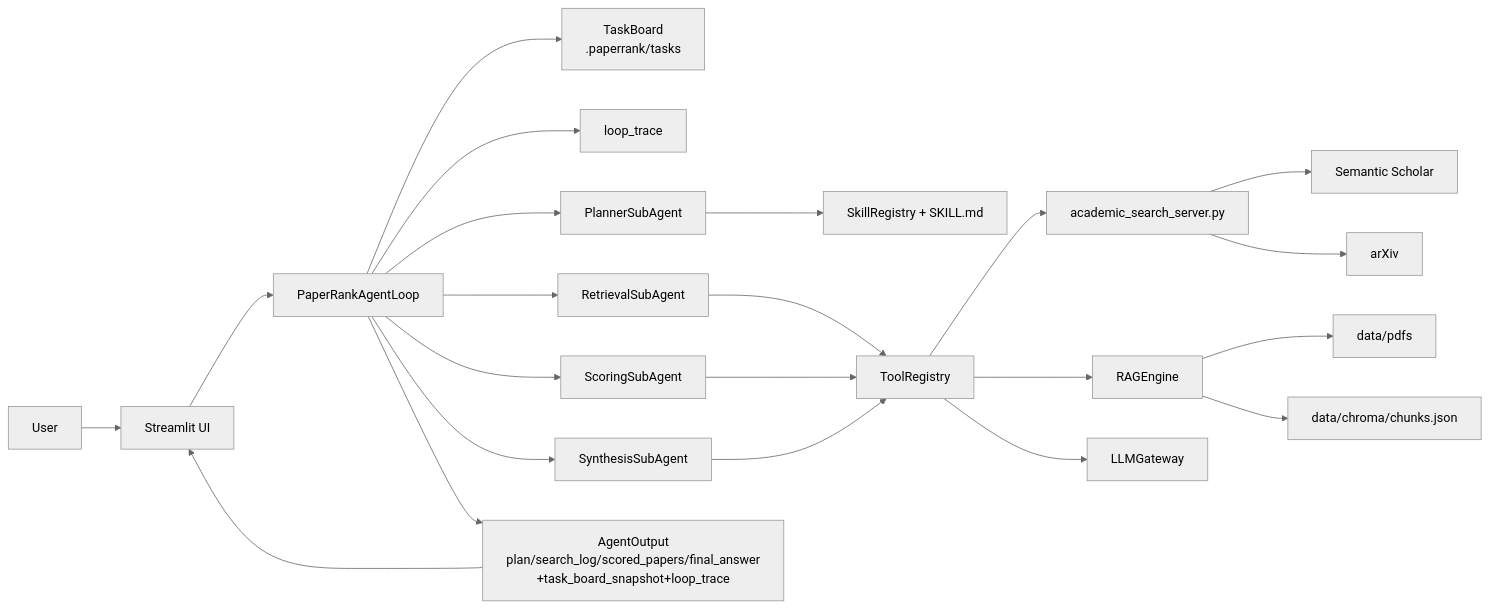
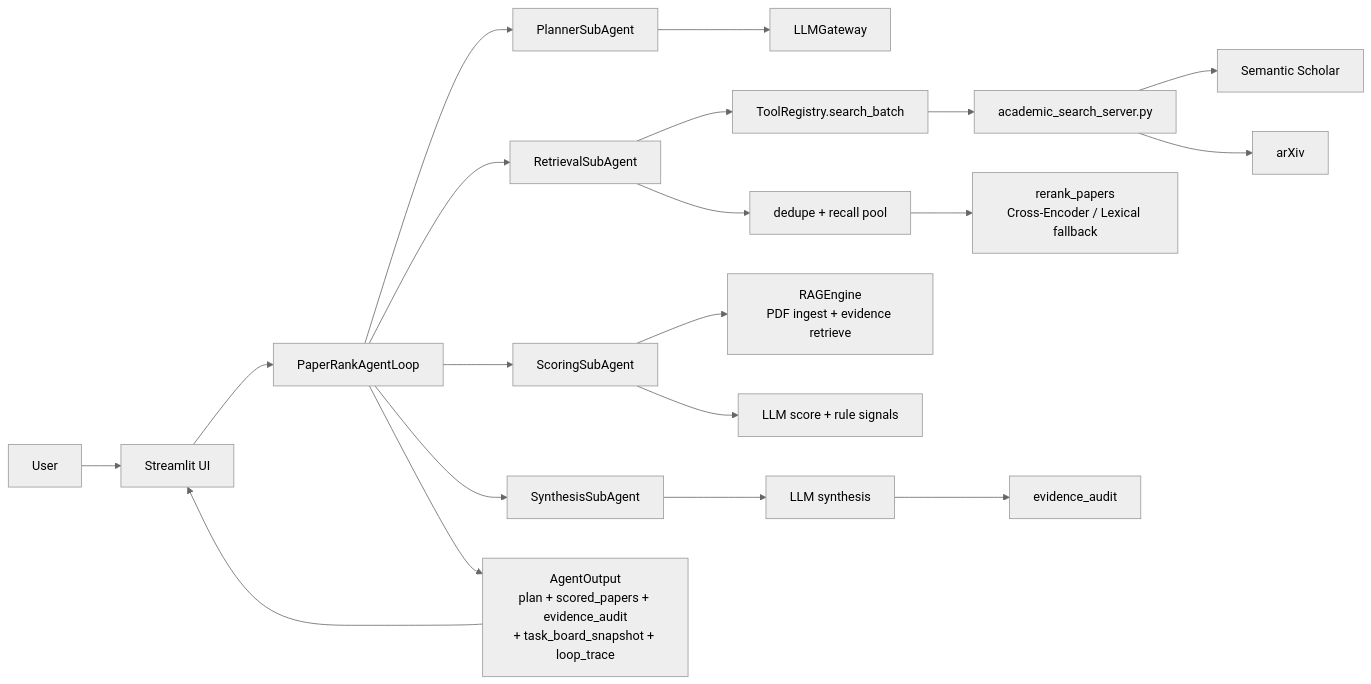
The first of 3 diagrams in docs/架构设计说明.md (JakeFn123/paperrank), drawn with Mermaid (neutral theme) before and after one commit. The commit also changed other lines of this file and 16 other files, not shown here.

Commit message:
feat: implement top-3 relevance upgrades with rerank, slot override, and evidence audit

````diff
--- a/docs/架构设计说明.md
+++ b/docs/架构设计说明.md
@@ -63,31 +42,28 @@
 ```mermaid
 flowchart LR
     U[User] --> UI[Streamlit UI]
 
     UI --> LOOP[PaperRankAgentLoop]
-    LOOP --> TB[TaskBoard\n.paperrank/tasks]
-    LOOP --> TRACE[loop_trace]
-
     LOOP --> P[PlannerSubAgent]
     LOOP --> R[RetrievalSubAgent]
     LOOP --> E[ScoringSubAgent]
     LOOP --> S[SynthesisSubAgent]
 
-    P --> SK[SkillRegistry + SKILL.md]
-    R --> TOOLS[ToolRegistry]
-    E --> TOOLS
-    S --> TOOLS
-
+    P --> LLM[LLMGateway]
+    R --> TOOLS[ToolRegistry.search_batch]
     TOOLS --> MCP[academic_search_server.py]
     MCP --> SS[Semantic Scholar]
     MCP --> AX[arXiv]
 
-    TOOLS --> RAG[RAGEngine]
-    RAG --> PDF[data/pdfs]
-    RAG --> VDB[data/chroma/chunks.json]
+    R --> POST[dedupe + recall pool]
+    POST --> RR[rerank_papers\nCross-Encoder / Lexical fallback]
 
-    TOOLS --> LLM[LLMGateway]
+    E --> RAG[RAGEngine\nPDF ingest + evidence retrieve]
+    E --> SCORE[LLM score + rule signals]
 
-    LOOP --> OUT[AgentOutput\nplan/search_log/scored_papers/final_answer\n+task_board_snapshot+loop_trace]
+    S --> SYNTH[LLM synthesis]
+    SYNTH --> AUDIT[evidence_audit]
+
+    LOOP --> OUT[AgentOutput\nplan + scored_papers + evidence_audit\n+ task_board_snapshot + loop_trace]
     OUT --> UI
 ```
````
